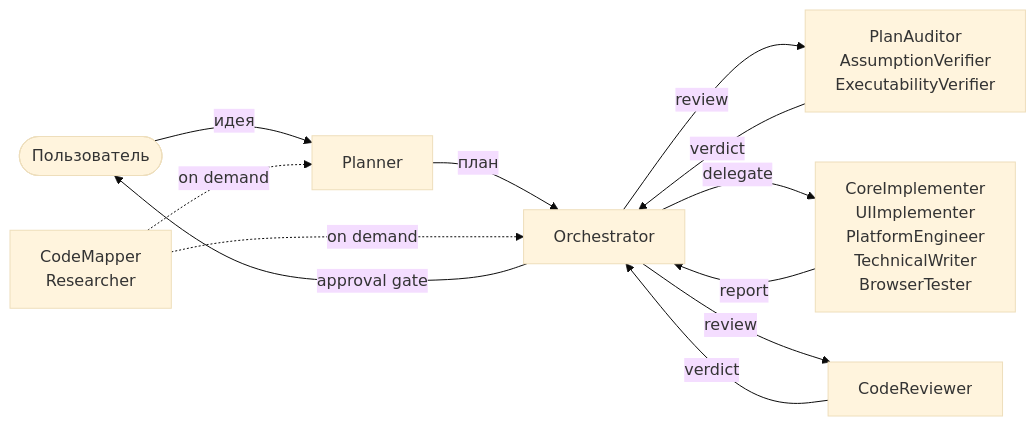
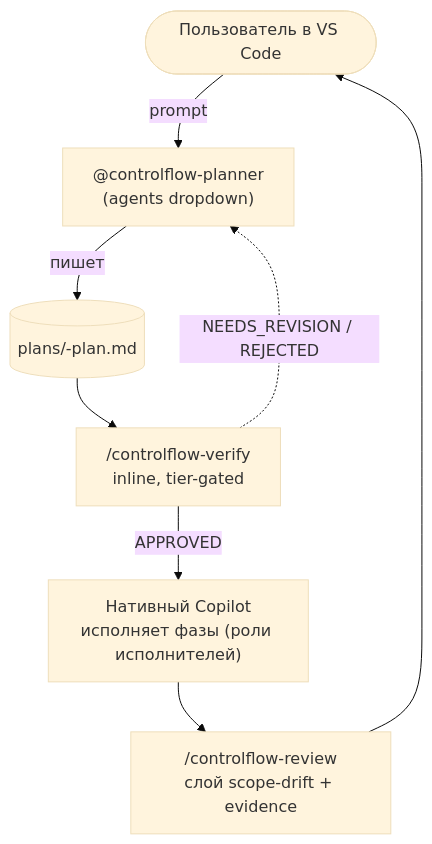
The diagram in docs/tutorial-ru/01-quickstart.md (Smithbox-ai/ControlFlow), drawn with Mermaid (base theme) before and after one commit. The commit also changed other lines of this file and 51 other files, not shown here.

````diff
--- a/docs/tutorial-ru/01-quickstart.md
+++ b/docs/tutorial-ru/01-quickstart.md
@@ -67,14 +64,10 @@
 ```mermaid
-flowchart LR
-    User([Пользователь]) -->|идея| Planner
-    Planner -->|план| Orchestrator
-    Orchestrator -->|review| Reviewers["PlanAuditor<br/>AssumptionVerifier<br/>ExecutabilityVerifier"]
-    Reviewers -->|verdict| Orchestrator
-    Orchestrator -->|delegate| Executors["CoreImplementer<br/>UIImplementer<br/>PlatformEngineer<br/>TechnicalWriter<br/>BrowserTester"]
-    Executors -->|report| Orchestrator
-    Orchestrator -->|review| CR[CodeReviewer]
-    CR -->|verdict| Orchestrator
-    Orchestrator -->|approval gate| User
-    Researchers["CodeMapper<br/>Researcher"] -.->|on demand| Planner
-    Researchers -.->|on demand| Orchestrator
+flowchart TD
+    User([Пользователь в VS Code]) -->|prompt| Planner["@controlflow-planner<br/>(agents dropdown)"]
+    Planner -->|пишет| Art[("plans/<task-slug>-plan.md")]
+    Art --> Verify["/controlflow-verify<br/>inline, tier-gated"]
+    Verify -->|APPROVED| Native["Нативный Copilot<br/>исполняет фазы (роли исполнителей)"]
+    Native --> Review["/controlflow-review<br/>слой scope-drift + evidence"]
+    Review --> User
+    Verify -.->|NEEDS_REVISION / REJECTED| Planner
 ```
````
